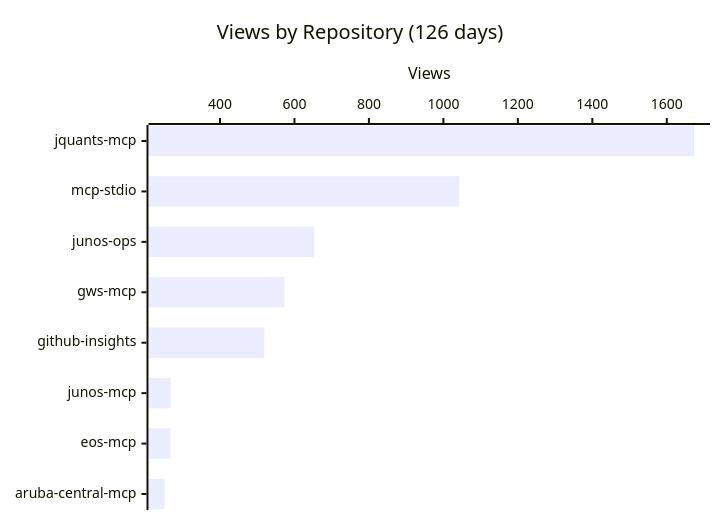
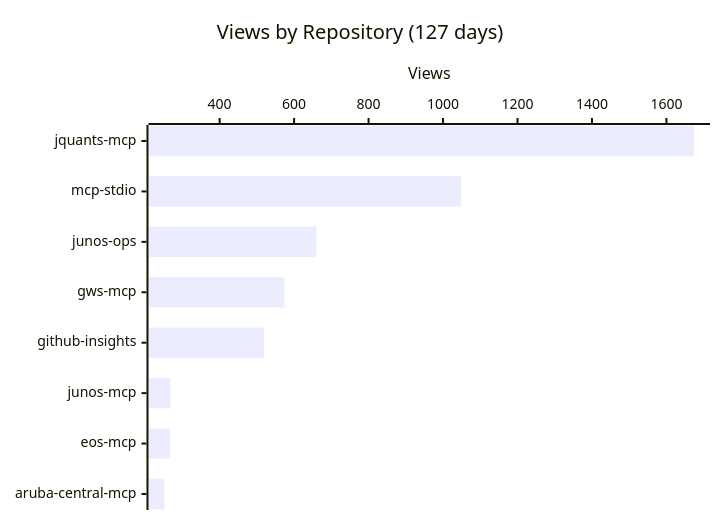
The first of 4 diagrams in README.md (shigechika/github-insights), drawn with Mermaid before and after one commit. The commit also changed other lines of this file and 2 other files, not shown here.

````diff
--- a/README.md
+++ b/README.md
@@ -18,7 +18,7 @@
 ```mermaid
 xychart-beta horizontal
-    title "Views by Repository (126 days)"
+    title "Views by Repository (127 days)"
     x-axis ["jquants-mcp", "mcp-stdio", "junos-ops", "gws-mcp", "github-insights", "junos-mcp", "eos-mcp", "aruba-central-mcp"]
     y-axis "Views"
-    bar [1673, 1043, 653, 573, 519, 268, 267, 251]
+    bar [1674, 1049, 660, 574, 519, 268, 267, 252]
 ```
````
